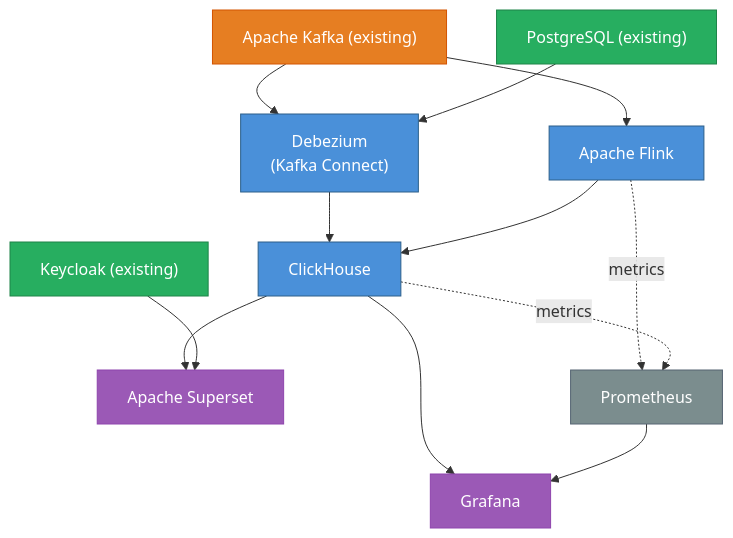
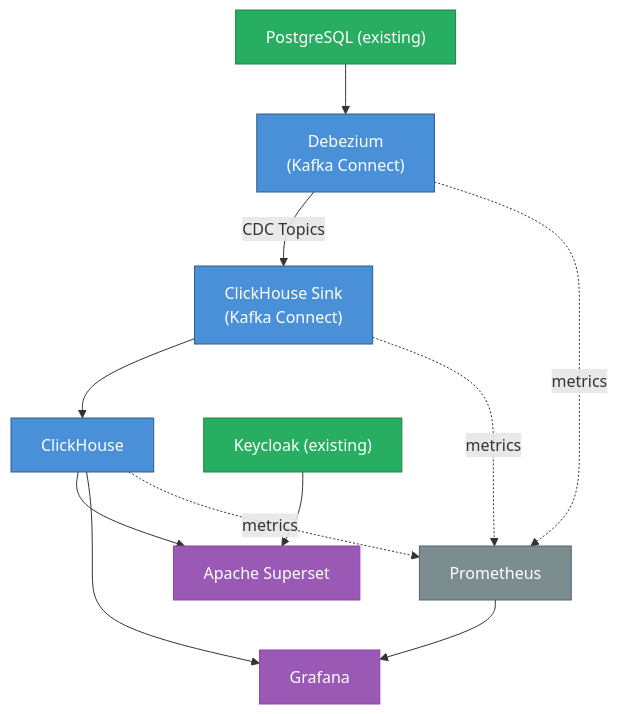
Before and after one commit to Jayaprakash8887/cce-data-pipeline: the second of 2 diagrams in docs/technology-stack.md, drawn with Mermaid. The commit also changed other lines of this file and 7 other files, not shown here.

First line of the commit message:
Refactor technology stack documentation: Update CDC architecture, remove Flink, and enhance ClickHouse usage

````diff
--- a/docs/technology-stack.md
+++ b/docs/technology-stack.md
@@ -326,27 +251,24 @@
 ```mermaid
 flowchart TD
-    KAFKA["Apache Kafka (existing)"] --> DEBEZIUM["Debezium<br/>(Kafka Connect)"]
-    KAFKA --> FLINK["Apache Flink"]
-    PG["PostgreSQL (existing)"] --> DEBEZIUM
-
-    DEBEZIUM --> CLICKHOUSE["ClickHouse"]
-    FLINK --> CLICKHOUSE
+    PG["PostgreSQL (existing)"] --> DEBEZIUM["Debezium<br/>(Kafka Connect)"]
+    DEBEZIUM -->|"CDC Topics"| SINK["ClickHouse Sink<br/>(Kafka Connect)"]
+    SINK --> CLICKHOUSE["ClickHouse"]
 
     CLICKHOUSE --> SUPERSET["Apache Superset"]
     CLICKHOUSE --> GRAFANA["Grafana"]
 
     KEYCLOAK["Keycloak (existing)"] --> SUPERSET
     PROMETHEUS["Prometheus"] --> GRAFANA
-    FLINK -.->|"metrics"| PROMETHEUS
+    DEBEZIUM -.->|"metrics"| PROMETHEUS
+    SINK -.->|"metrics"| PROMETHEUS
     CLICKHOUSE -.->|"metrics"| PROMETHEUS
 
-    style KAFKA fill:#E67E22,stroke:#D35400,color:white
     style PG fill:#27AE60,stroke:#1E8449,color:white
     style KEYCLOAK fill:#27AE60,stroke:#1E8449,color:white
     style DEBEZIUM fill:#4A90D9,stroke:#2C5F8A,color:white
-    style FLINK fill:#4A90D9,stroke:#2C5F8A,color:white
+    style SINK fill:#4A90D9,stroke:#2C5F8A,color:white
     style CLICKHOUSE fill:#4A90D9,stroke:#2C5F8A,color:white
     style SUPERSET fill:#9B59B6,stroke:#8E44AD,color:white
     style GRAFANA fill:#9B59B6,stroke:#8E44AD,color:white
     style PROMETHEUS fill:#7B8D8E,stroke:#566573,color:white
 ```
````
